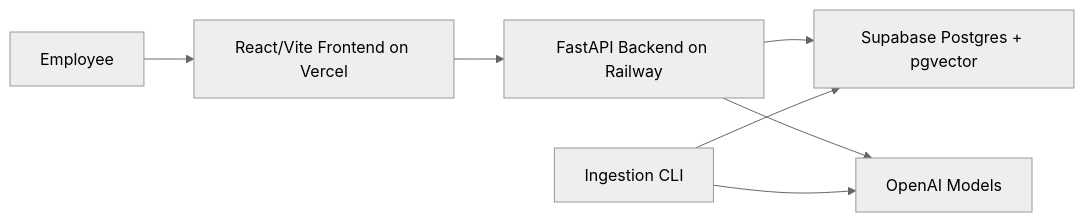
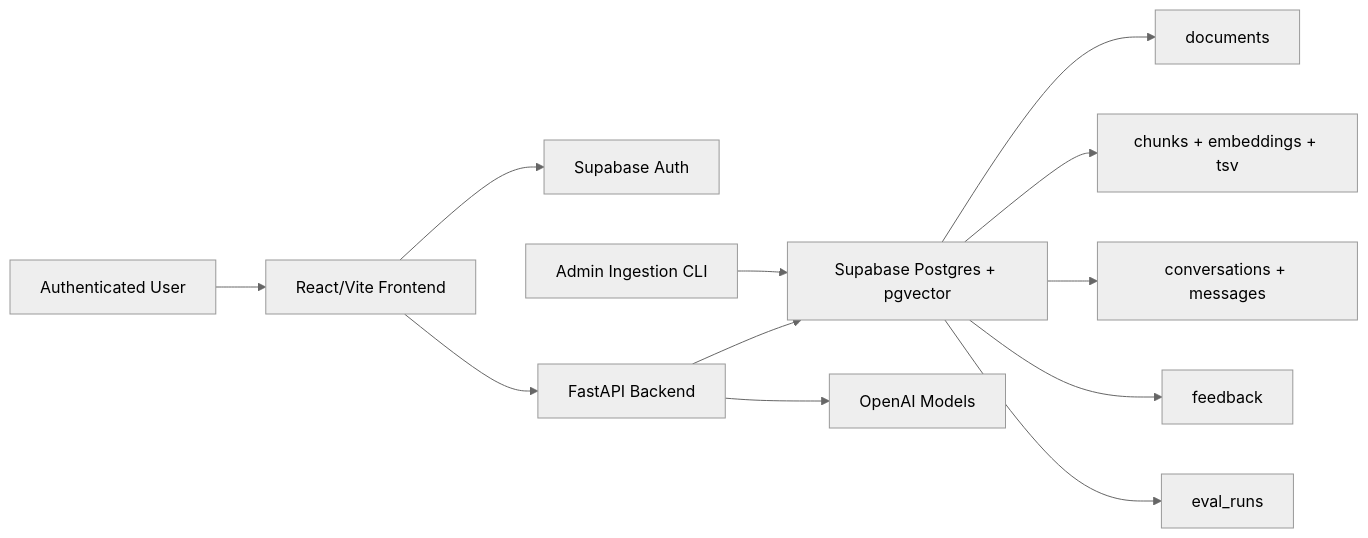
Before and after one commit to Shubham00-3/Enterprise-Knowledge-Assistant: the diagram in docs/system-design.md, drawn with Mermaid (neutral theme). The commit also changed other lines of this file and 2 other files, not shown here.

````diff
--- a/docs/system-design.md
+++ b/docs/system-design.md
@@ -9,9 +11,15 @@
 ```mermaid
 flowchart LR
-  User["Employee"] --> UI["React/Vite Frontend on Vercel"]
-  UI --> API["FastAPI Backend on Railway"]
+  User["Authenticated User"] --> UI["React/Vite Frontend"]
+  UI --> Auth["Supabase Auth"]
+  UI --> API["FastAPI Backend"]
   API --> DB["Supabase Postgres + pgvector"]
   API --> LLM["OpenAI Models"]
-  CLI["Ingestion CLI"] --> DB
-  CLI --> LLM
+  CLI["Admin Ingestion CLI"] --> DB
+
+  DB --> Docs["documents"]
+  DB --> Chunks["chunks + embeddings + tsv"]
+  DB --> Messages["conversations + messages"]
+  DB --> Feedback["feedback"]
+  DB --> Evals["eval_runs"]
 ```
````
